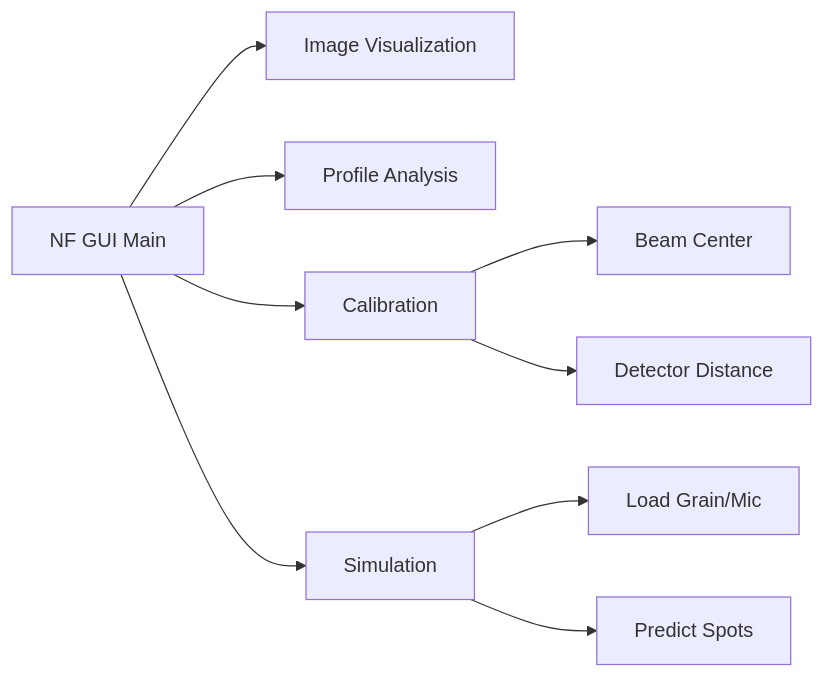
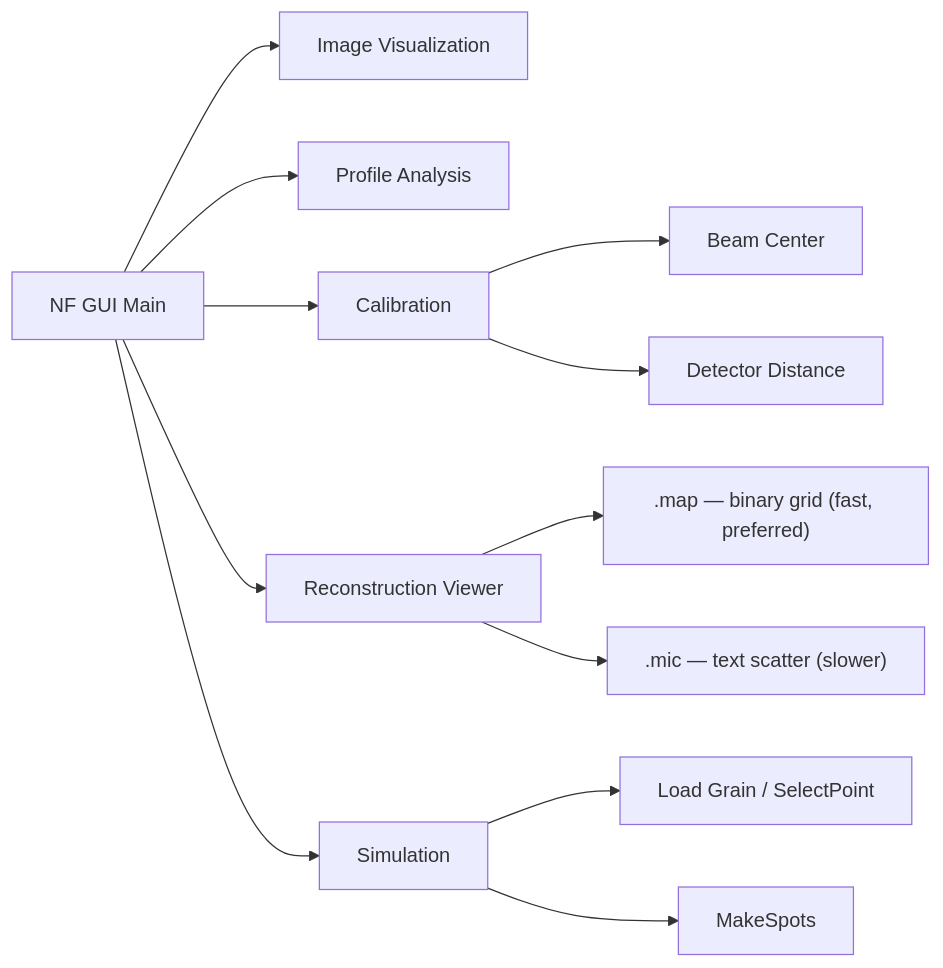
The diagram in manuals/NF_gui.md (marinerhemant/MIDAS), drawn with Mermaid before and after one commit.

Commit message:
Added description to nf gui manual

````diff
--- a/manuals/NF_gui.md
+++ b/manuals/NF_gui.md
@@ -19,14 +19,18 @@
  ```mermaid
  graph LR
      GUI[NF GUI Main]
      GUI --> Viz[Image Visualization]
      GUI --> Prof[Profile Analysis]
      GUI --> Calib[Calibration]
+     GUI --> Recon[Reconstruction Viewer]
      GUI --> Sim[Simulation]
      
      Calib --> Beam[Beam Center]
      Calib --> Dist[Detector Distance]
      
-     Sim --> Grain[Load Grain/Mic]
-     Sim --> Spots[Predict Spots]
+     Recon --> MapFile[".map — binary grid (fast, preferred)"]
+     Recon --> MicFile[".mic — text scatter (slower)"]
+     
+     Sim --> Grain[Load Grain / SelectPoint]
+     Sim --> Spots[MakeSpots]
  ```
````
